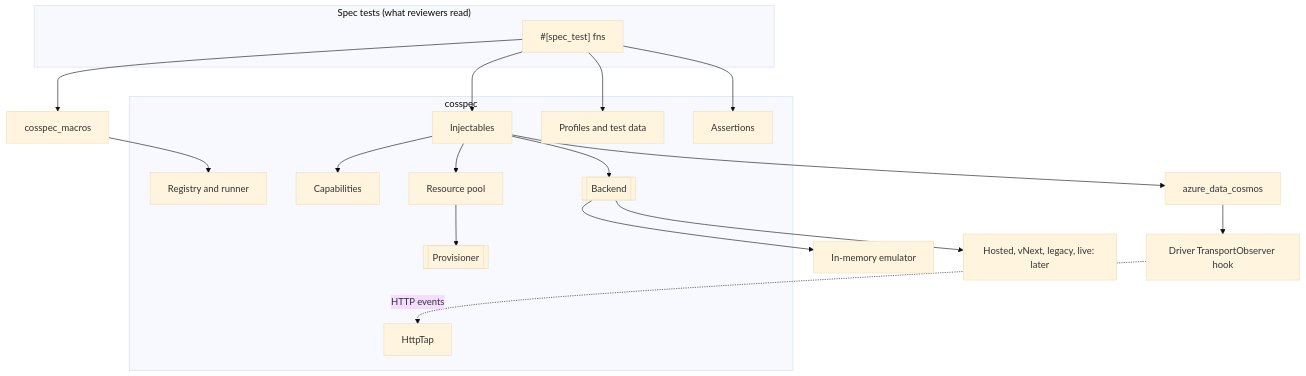
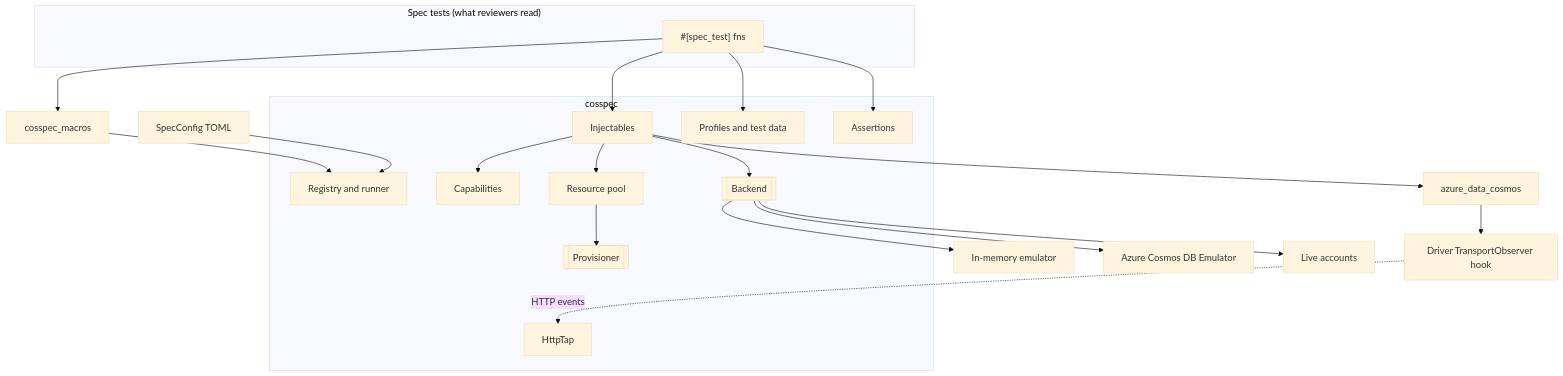
The diagram in sdk/cosmos/docs/specs/0030-cosmos-spec-tests.md (analogrelay/azure-sdk-for-rust), drawn with Mermaid (base theme) before and after one commit. The commit also changed other lines of this file and 25 other files, not shown here.

First line of the commit message:
cosspec: TOML config, emulator/live backends, SimpleSplitMerge

````diff
--- a/sdk/cosmos/docs/specs/0030-cosmos-spec-tests.md
+++ b/sdk/cosmos/docs/specs/0030-cosmos-spec-tests.md
@@ -120,29 +121,32 @@
 ```mermaid
 flowchart TB
   subgraph Specs["Spec tests (what reviewers read)"]
     T["#[spec_test] fns"]
   end
   subgraph DSL["cosspec"]
     R[Registry and runner]
     DI[Injectables]
     C[Capabilities]
     POOL[Resource pool]
     PV[[Provisioner]]
     P[Profiles and test data]
     A[Assertions]
     TAP[HttpTap]
     B[[Backend]]
   end
   M[cosspec_macros]
+  CFG[SpecConfig TOML]
   IM[In-memory emulator]
-  FUT[Hosted, vNext, legacy, live: later]
+  EMU[Azure Cosmos DB Emulator]
+  LIVE[Live accounts]
   SDK[azure_data_cosmos]
   DRV[Driver TransportObserver hook]
   T --> M --> R
+  CFG --> R
   T --> DI & P & A
   DI --> C
   DI --> POOL --> PV
-  DI --> B --> IM & FUT
+  DI --> B --> IM & EMU & LIVE
   DI --> SDK --> DRV
   DRV -. HTTP events .-> TAP
 ```
````
